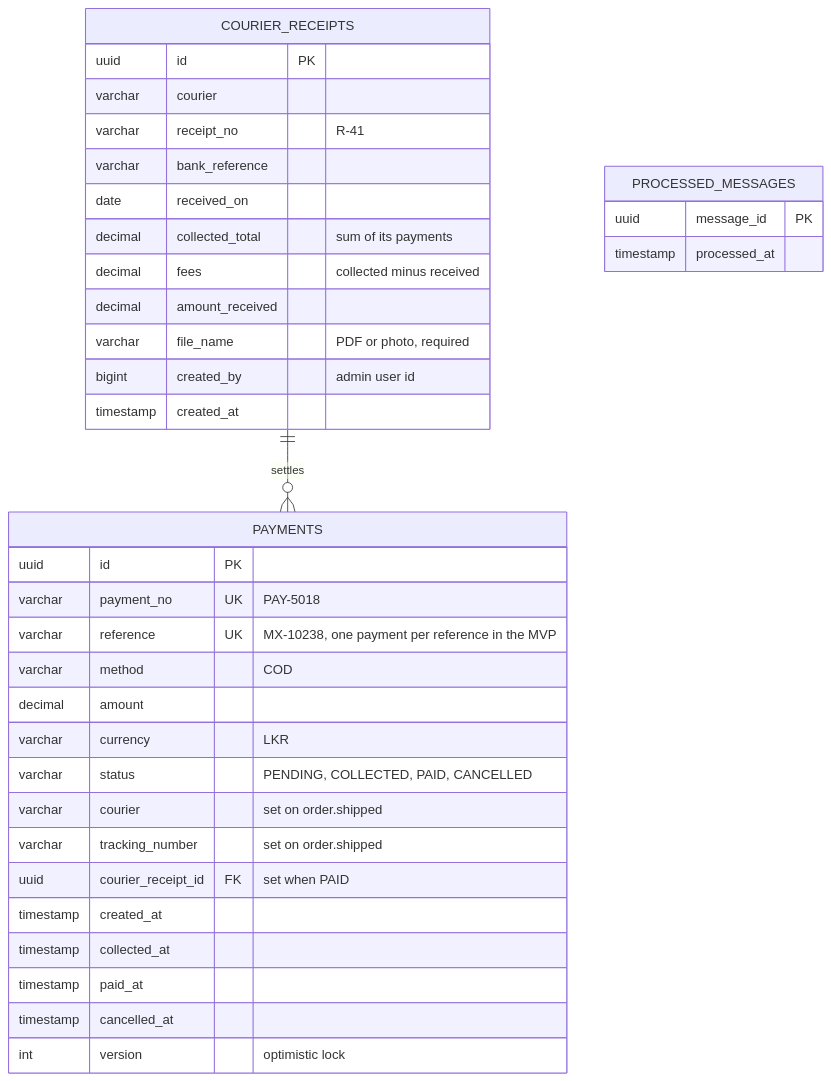
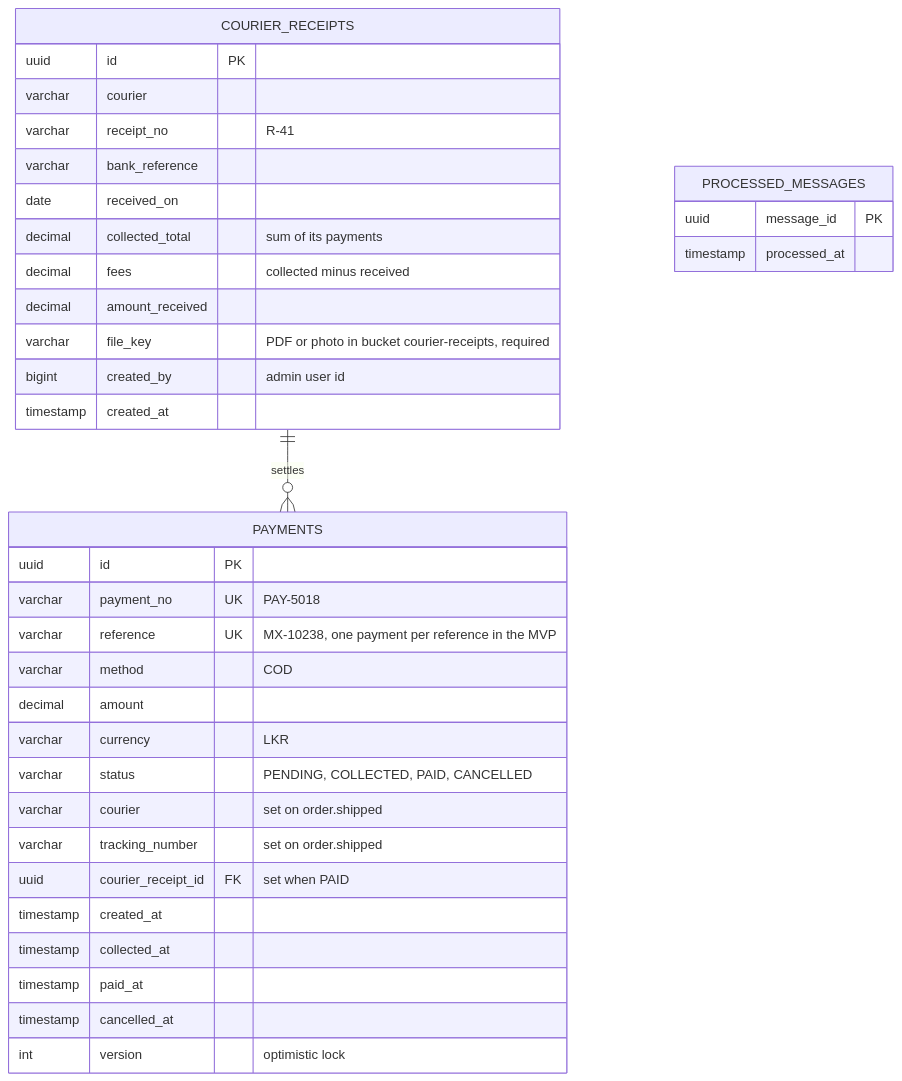
Before and after one commit to MotoXpress-wicky/infrastructure: the fourth of 5 diagrams in docs/mvp/08-data-model.md, drawn with Mermaid. The commit also changed other lines of this file and 17 other files, not shown here.

````diff
--- a/docs/mvp/08-data-model.md
+++ b/docs/mvp/08-data-model.md
@@ -206,39 +206,39 @@
 ```mermaid
 erDiagram
     COURIER_RECEIPTS ||--o{ PAYMENTS : "settles"
 
     PAYMENTS {
         uuid id PK
         varchar payment_no UK "PAY-5018"
         varchar reference UK "MX-10238, one payment per reference in the MVP"
         varchar method "COD"
         decimal amount
         varchar currency "LKR"
         varchar status "PENDING, COLLECTED, PAID, CANCELLED"
         varchar courier "set on order.shipped"
         varchar tracking_number "set on order.shipped"
         uuid courier_receipt_id FK "set when PAID"
         timestamp created_at
         timestamp collected_at
         timestamp paid_at
         timestamp cancelled_at
         int version "optimistic lock"
     }
     COURIER_RECEIPTS {
         uuid id PK
         varchar courier
         varchar receipt_no "R-41"
         varchar bank_reference
         date received_on
         decimal collected_total "sum of its payments"
         decimal fees "collected minus received"
         decimal amount_received
-        varchar file_name "PDF or photo, required"
+        varchar file_key "PDF or photo in bucket courier-receipts, required"
         bigint created_by "admin user id"
         timestamp created_at
     }
     PROCESSED_MESSAGES {
         uuid message_id PK
         timestamp processed_at
     }
 ```
````
